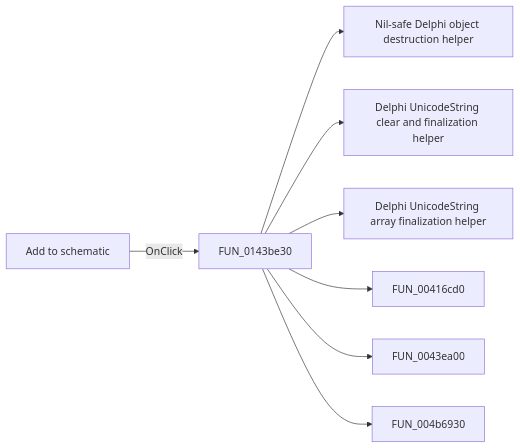
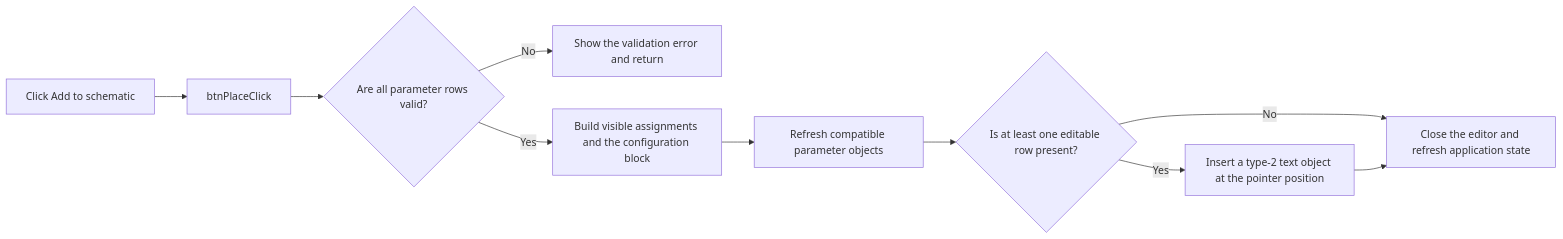
The diagram in docs/ui-controls/frmparameditor/btnplace-563489370d.md (MovGP0/TIARA), drawn with Mermaid before and after one commit. The commit also changed other lines of this file and 387 other files, not shown here.

````diff
--- a/docs/ui-controls/frmparameditor/btnplace-563489370d.md
+++ b/docs/ui-controls/frmparameditor/btnplace-563489370d.md
@@ -27,10 +44,12 @@
 ```mermaid
 flowchart LR
-    control["Add to schematic"] -->|OnClick| handler["FUN_0143be30"]
-    handler --> call1["Nil-safe Delphi object destruction helper"]
-    handler --> call2["Delphi UnicodeString clear and finalization helper"]
-    handler --> call3["Delphi UnicodeString array finalization helper"]
-    handler --> call4["FUN_00416cd0"]
-    handler --> call5["FUN_0043ea00"]
-    handler --> call6["FUN_004b6930"]
+    placeClick["Click Add to schematic"] --> placeHandler["btnPlaceClick"]
+    placeHandler --> validate{"Are all parameter rows valid?"}
+    validate -->|"No"| showError["Show the validation error and return"]
+    validate -->|"Yes"| buildText["Build visible assignments and the configuration block"]
+    buildText --> refreshExisting["Refresh compatible parameter objects"]
+    refreshExisting --> hasRows{"Is at least one editable row present?"}
+    hasRows -->|"No"| closeEditor["Close the editor and refresh application state"]
+    hasRows -->|"Yes"| insertText["Insert a type-2 text object at the pointer position"]
+    insertText --> closeEditor
 ```
````
